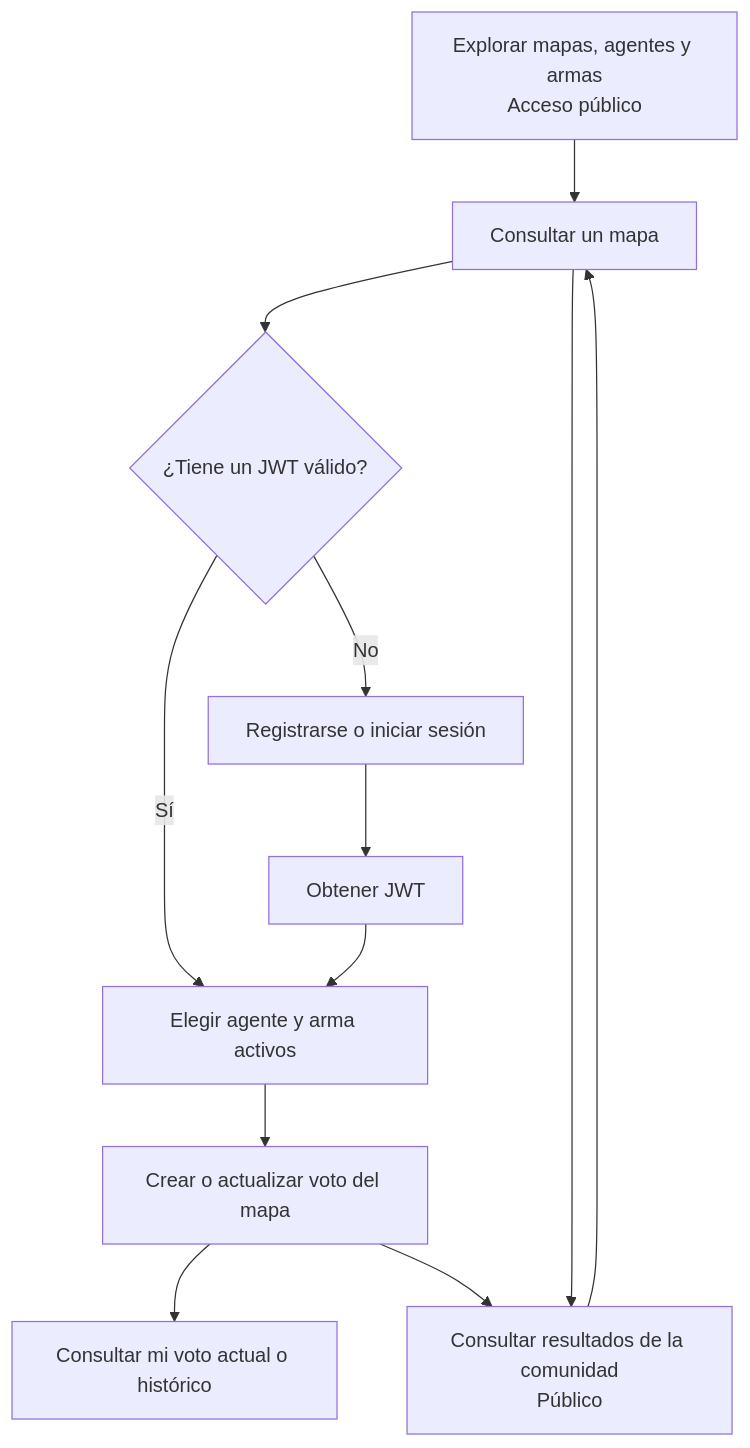
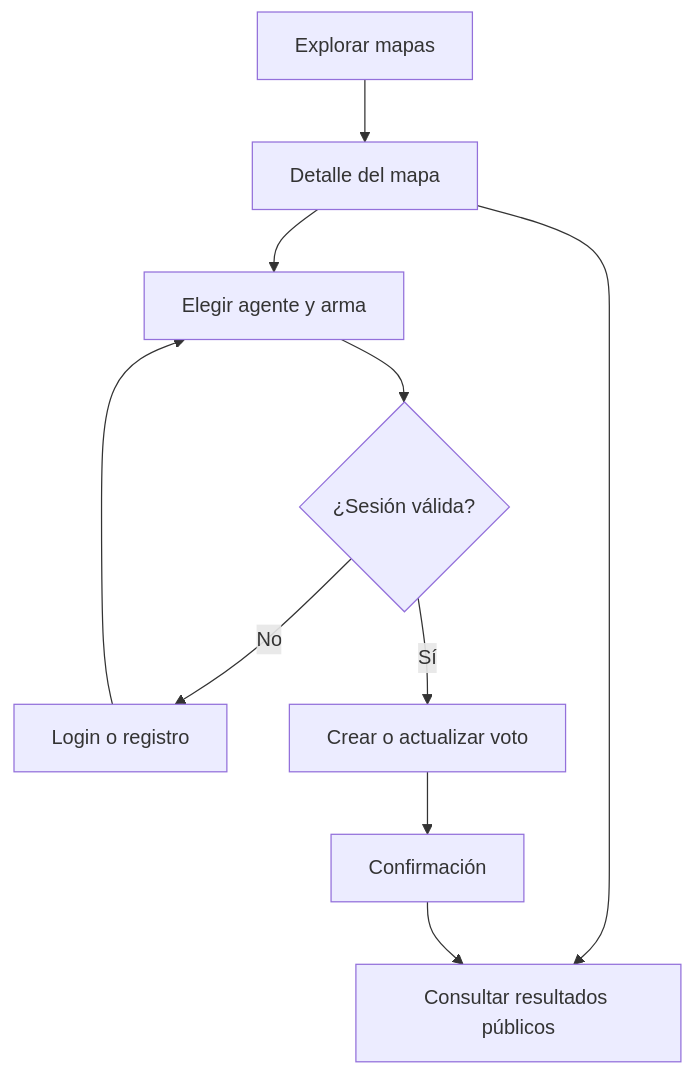
One commit to Niico4/prueba-tecnica-full-stack changed the third of 4 diagrams in DOC.md. Above: the diagram before and after it, drawn with Mermaid. The commit also changed other lines of this file and 66 other files, not shown here.

````diff
--- a/DOC.md
+++ b/DOC.md
@@ -35,14 +64,12 @@
 ```mermaid
 flowchart TD
-    Inicio["Explorar mapas, agentes y armas<br/>Acceso público"] --> Mapa["Consultar un mapa"]
-    Mapa --> Sesion{"¿Tiene un JWT válido?"}
-    Sesion -- No --> Auth["Registrarse o iniciar sesión"]
-    Auth --> Token["Obtener JWT"]
-    Sesion -- Sí --> Elegir
-    Token --> Elegir
-    Elegir["Elegir agente y arma activos"] --> Votar["Crear o actualizar voto del mapa"]
-    Votar --> Propio["Consultar mi voto actual o histórico"]
-    Votar --> Resultados["Consultar resultados de la comunidad<br/>Público"]
-    Mapa --> Resultados
-    Resultados --> Mapa
+    A["Explorar mapas"] --> B["Detalle del mapa"]
+    B --> R["Consultar resultados públicos"]
+    B --> C["Elegir agente y arma"]
+    C --> D{"¿Sesión válida?"}
+    D -->|No| E["Login o registro"]
+    E --> C
+    D -->|Sí| F["Crear o actualizar voto"]
+    F --> G["Confirmación"]
+    G --> R
 ```
````
